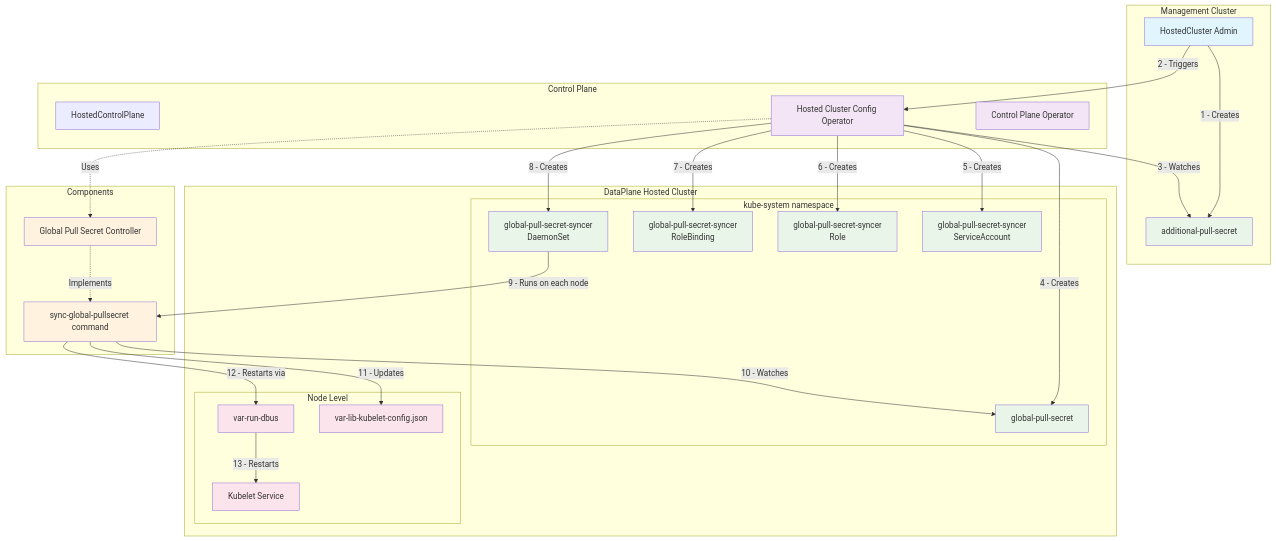
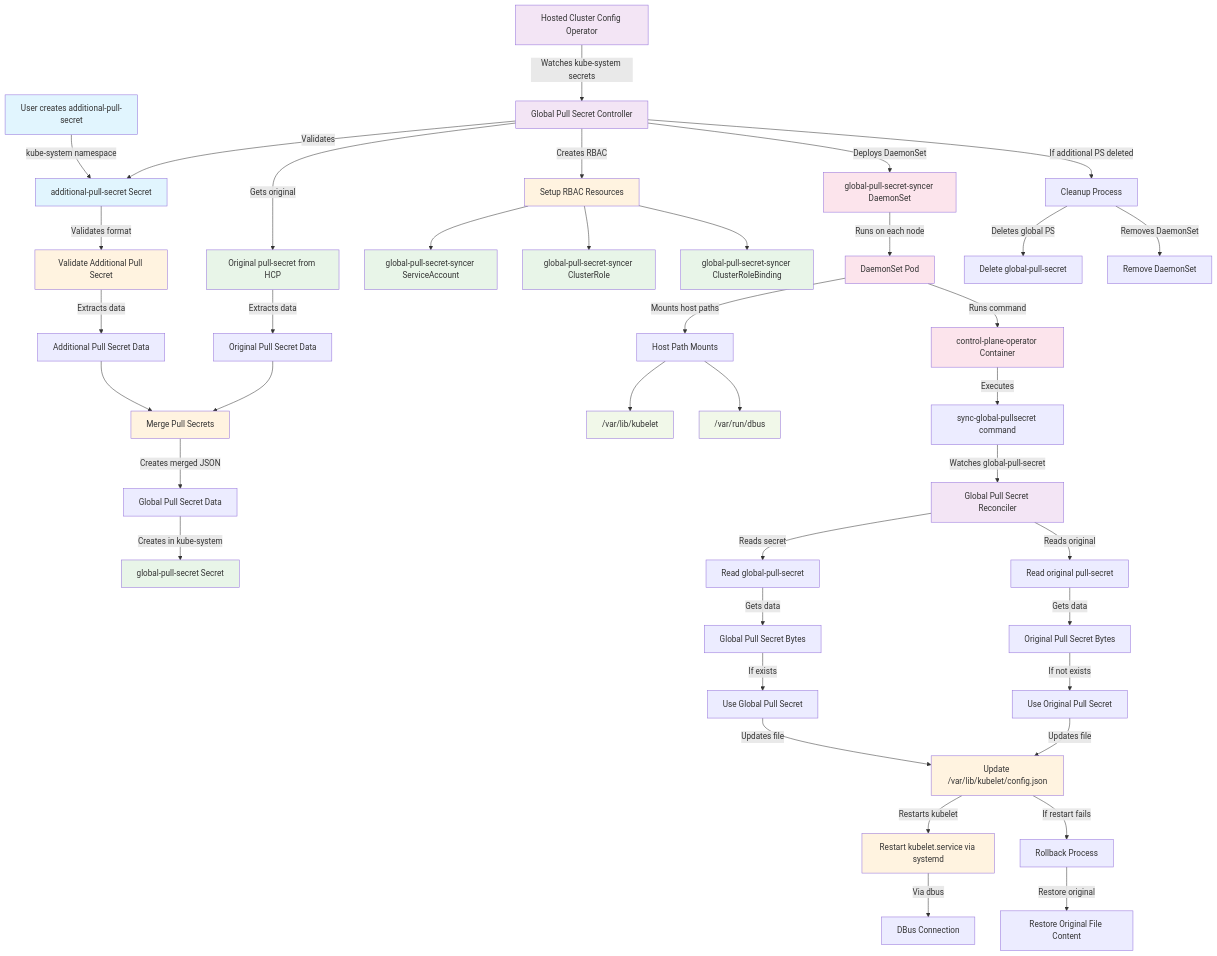
One commit to openshift/hypershift changed the diagram in docs/content/how-to/common/global-pull-secret.md. Above: the diagram before and after it, drawn with Mermaid. The commit also changed other lines of this file, not shown here.

Commit message:
feat(doc): Update documentation according the new code changes

````diff
--- a/docs/content/how-to/common/global-pull-secret.md
+++ b/docs/content/how-to/common/global-pull-secret.md
@@ -136,67 +137,87 @@
 ```mermaid
 graph TB
-    subgraph "Management Cluster"
-        HC[HostedCluster Admin]
-        HC -->|1 - Creates| APS[additional-pull-secret<br/>in kube-system namespace]
-    end
+    %% User Input
+    User[User creates additional-pull-secret] --> |kube-system namespace| AdditionalPS[additional-pull-secret Secret]
 
-    subgraph "DataPlane Hosted Cluster"
-        subgraph "kube-system namespace"
-            APS[additional-pull-secret]
-            GPS[global-pull-secret]
-            SA[global-pull-secret-syncer<br/>ServiceAccount]
-            ROLE[global-pull-secret-syncer<br/>Role]
-            RB[global-pull-secret-syncer<br/>RoleBinding]
-            DS[global-pull-secret-syncer<br/>DaemonSet]
-        end
+    %% HCCO Controller
+    HCCO[Hosted Cluster Config Operator] --> |Watches kube-system secrets| GlobalPSController[Global Pull Secret Controller]
+    GlobalPSController --> |Validates| AdditionalPS
+    GlobalPSController --> |Gets original| OriginalPS[Original pull-secret from HCP]
 
-        subgraph "Node Level"
-            KUBELET[Kubelet Service]
-            CONFIG[var-lib-kubelet-config.json]
-            DBUS[var-run-dbus]
-        end
-    end
+    %% Secret Processing
+    AdditionalPS --> |Validates format| ValidatePS[Validate Additional Pull Secret]
+    OriginalPS --> |Extracts data| OriginalPSData[Original Pull Secret Data]
+    ValidatePS --> |Extracts data| AdditionalPSData[Additional Pull Secret Data]
 
-    subgraph "Control Plane"
-        HCP[HostedControlPlane]
-        HCCO[Hosted Cluster Config Operator]
-        CPO[Control Plane Operator]
-    end
+    %% Merge Process
+    OriginalPSData --> MergeSecrets[Merge Pull Secrets]
+    AdditionalPSData --> MergeSecrets
+    MergeSecrets --> |Creates merged JSON| GlobalPSData[Global Pull Secret Data]
 
-    subgraph "Components"
-        GPS_CONTROLLER[Global Pull Secret Controller]
-        SYNC_CMD[sync-global-pullsecret command]
-    end
+    %% Secret Creation
+    GlobalPSData --> |Creates in kube-system| GlobalPSSecret[global-pull-secret Secret]
 
-    %% Flow connections
-    HC -->|2 - Triggers| HCCO
-    HCCO -->|3 - Watches| APS
-    HCCO -->|4 - Creates| GPS
-    HCCO -->|5 - Creates| SA
-    HCCO -->|6 - Creates| ROLE
-    HCCO -->|7 - Creates| RB
-    HCCO -->|8 - Creates| DS
+    %% RBAC Setup
+    GlobalPSController --> |Creates RBAC| RBACSetup[Setup RBAC Resources]
+    RBACSetup --> ServiceAccount[global-pull-secret-syncer ServiceAccount]
+    RBACSetup --> ClusterRole[global-pull-secret-syncer ClusterRole]
+    RBACSetup --> ClusterRoleBinding[global-pull-secret-syncer ClusterRoleBinding]
 
-    DS -->|9 - Runs on each node| SYNC_CMD
-    SYNC_CMD -->|10 - Watches| GPS
-    SYNC_CMD -->|11 - Updates| CONFIG
-    SYNC_CMD -->|12 - Restarts via| DBUS
-    DBUS -->|13 - Restarts| KUBELET
+    %% DaemonSet Deployment
+    GlobalPSController --> |Deploys DaemonSet| DaemonSet[global-pull-secret-syncer DaemonSet]
+    DaemonSet --> |Runs on each node| DaemonSetPod[DaemonSet Pod]
 
-    %% Component relationships
-    HCCO -.->|Uses| GPS_CONTROLLER
-    GPS_CONTROLLER -.->|Implements| SYNC_CMD
+    %% DaemonSet Pod Details
+    DaemonSetPod --> |Mounts host paths| HostMounts[Host Path Mounts]
+    HostMounts --> KubeletPath["/var/lib/kubelet"]
+    HostMounts --> DbusPath["/var/run/dbus"]
+
+    %% Container Execution
+    DaemonSetPod --> |Runs command| Container[control-plane-operator Container]
+    Container --> |Executes| SyncCommand[sync-global-pullsecret command]
+
+    %% Sync Process
+    SyncCommand --> |Watches global-pull-secret| SyncController[Global Pull Secret Reconciler]
+    SyncController --> |Reads secret| ReadGlobalPS[Read global-pull-secret]
+    SyncController --> |Reads original| ReadOriginalPS[Read original pull-secret]
+
+    %% File Update Process
+    ReadGlobalPS --> |Gets data| GlobalPSBytes[Global Pull Secret Bytes]
+    ReadOriginalPS --> |Gets data| OriginalPSBytes[Original Pull Secret Bytes]
+
+    %% Decision Logic
+    GlobalPSBytes --> |If exists| UseGlobalPS[Use Global Pull Secret]
+    OriginalPSBytes --> |If not exists| UseOriginalPS[Use Original Pull Secret]
+
+    %% File Update
+    UseGlobalPS --> |Updates file| UpdateKubeletConfig["Update /var/lib/kubelet/config.json"]
+    UseOriginalPS --> |Updates file| UpdateKubeletConfig
+
+    %% Kubelet Restart
+    UpdateKubeletConfig --> |Restarts kubelet| RestartKubelet[Restart kubelet.service via systemd]
+    RestartKubelet --> |Via dbus| DbusConnection[DBus Connection]
+
+    %% Error Handling
+    UpdateKubeletConfig --> |If restart fails| RollbackProcess[Rollback Process]
+    RollbackProcess --> |Restore original| RestoreOriginal[Restore Original File Content]
+
+    %% Cleanup Process
+    GlobalPSController --> |If additional PS deleted| CleanupProcess[Cleanup Process]
+    CleanupProcess --> |Deletes global PS| DeleteGlobalPS[Delete global-pull-secret]
+    CleanupProcess --> |Removes DaemonSet| RemoveDaemonSet[Remove DaemonSet]
 
     %% Styling
-    classDef userAction fill:#e1f5fe
-    classDef operator fill:#f3e5f5
-    classDef resource fill:#e8f5e8
-    classDef component fill:#fff3e0
-    classDef system fill:#fce4ec
+    classDef userInput fill:#e1f5fe
+    classDef controller fill:#f3e5f5
+    classDef secret fill:#e8f5e8
+    classDef process fill:#fff3e0
+    classDef daemonSet fill:#fce4ec
+    classDef fileSystem fill:#f1f8e9
 
-    class HC userAction
-    class HCCO,CPO operator
-    class APS,GPS,SA,ROLE,RB,DS resource
-    class GPS_CONTROLLER,SYNC_CMD component
-    class KUBELET,CONFIG,DBUS system
+    class User,AdditionalPS userInput
+    class HCCO,GlobalPSController,SyncController controller
+    class OriginalPS,GlobalPSSecret,ServiceAccount,ClusterRole,ClusterRoleBinding secret
+    class ValidatePS,MergeSecrets,RBACSetup,UpdateKubeletConfig,RestartKubelet process
+    class DaemonSet,DaemonSetPod,Container daemonSet
+    class KubeletPath,DbusPath fileSystem
 ```
````
